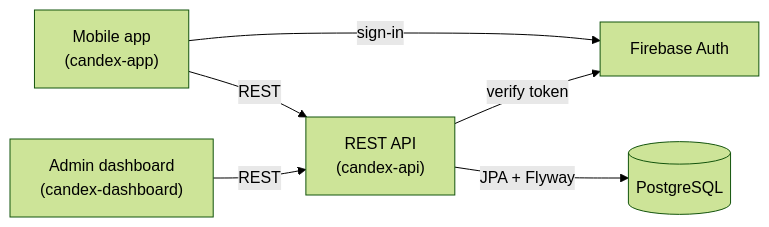
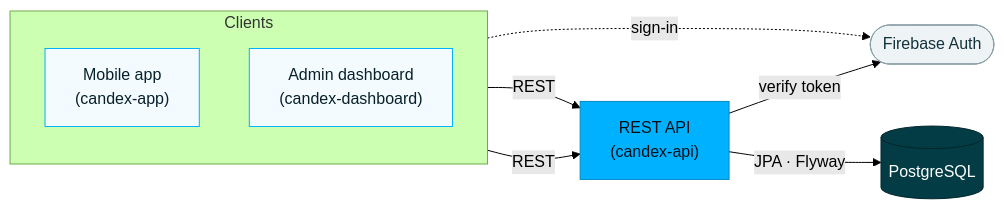
One commit to RusterX16/candex-handbook changed the diagram in src/content/docs/en/getting-started-dev.md. Above: the diagram before and after it, drawn with Mermaid (forest theme). The commit also changed other lines of this file and 23 other files, not shown here.

First line of the commit message:
docs: polish handbooks (v0.2.1) — button, names, diagram, logos, repos

````diff
--- a/src/content/docs/en/getting-started-dev.md
+++ b/src/content/docs/en/getting-started-dev.md
@@ -12,14 +12,26 @@
 ```mermaid
 flowchart LR
-  app["Mobile app<br/>(candex-app)"]
-  dash["Admin dashboard<br/>(candex-dashboard)"]
+  subgraph clients [Clients]
+    direction TB
+    app["Mobile app<br/>(candex-app)"]
+    dash["Admin dashboard<br/>(candex-dashboard)"]
+  end
   api["REST API<br/>(candex-api)"]
+  fb(["Firebase Auth"])
   pg[("PostgreSQL")]
-  fb["Firebase Auth"]
 
   app -->|REST| api
   dash -->|REST| api
-  app -->|sign-in| fb
+  app -.->|sign-in| fb
   api -->|verify token| fb
-  api -->|JPA + Flyway| pg
+  api -->|JPA · Flyway| pg
+
+  classDef svc fill:#00B1FF,stroke:#0089c4,color:#001018;
+  classDef store fill:#033C44,stroke:#02262c,color:#ffffff;
+  classDef ext fill:#eef3f6,stroke:#8aa0a6,color:#14323a;
+  classDef client fill:#f4fbff,stroke:#00B1FF,color:#07202a;
+  class api svc
+  class pg store
+  class fb ext
+  class app,dash client
 ```
````
